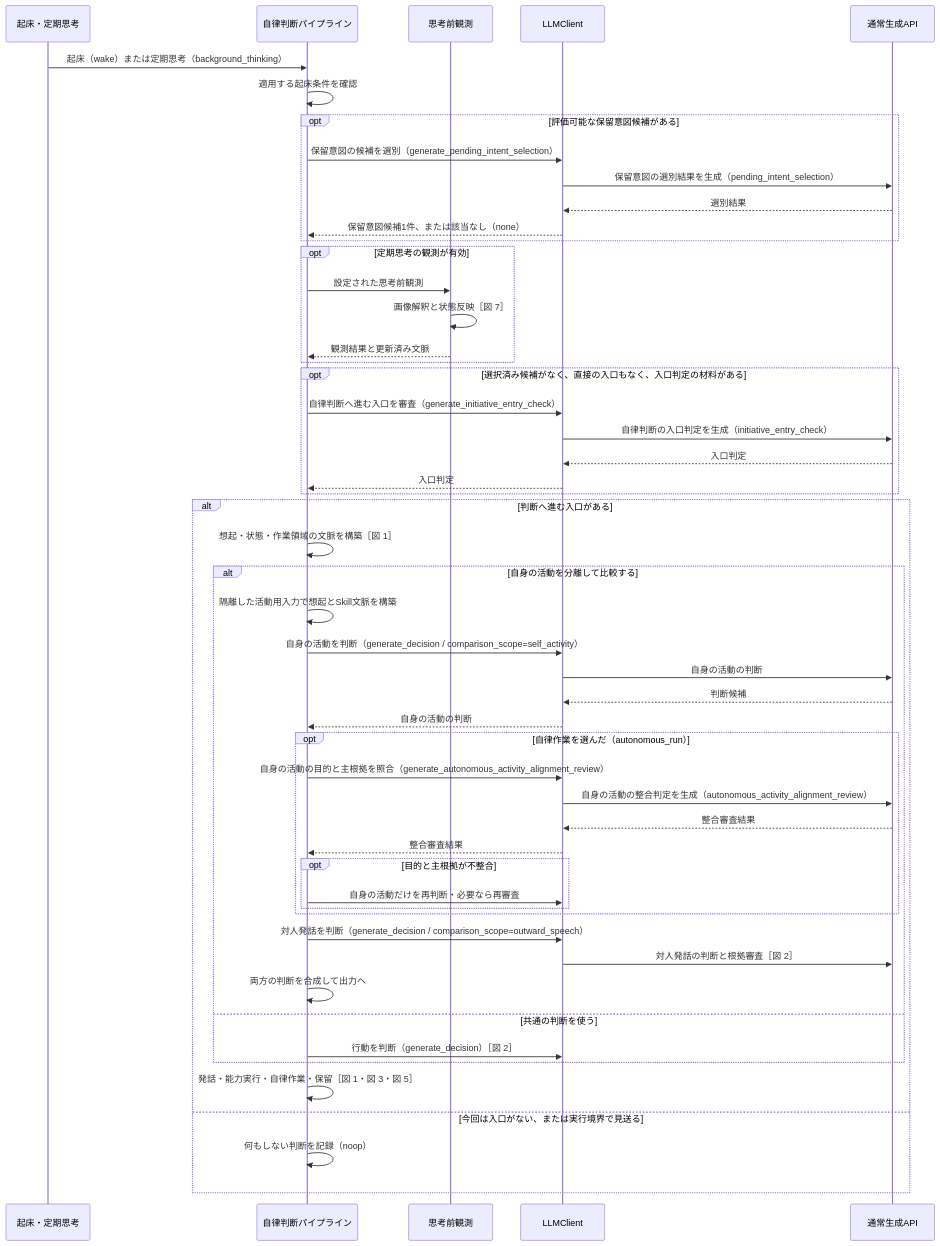
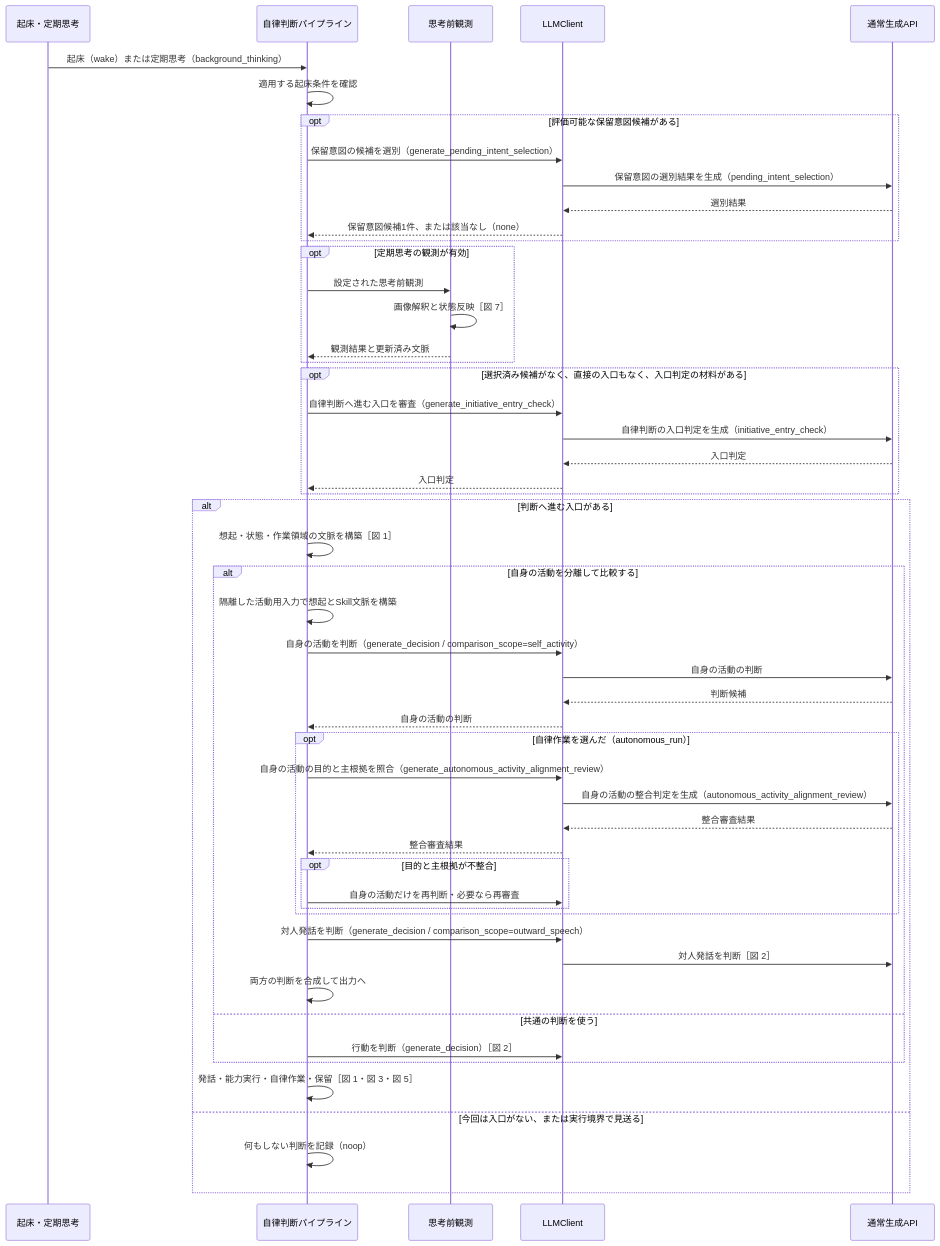
The fourth of 7 diagrams in docs/design/llm/LLM呼び出しシーケンス.md (hirona98/OtomeKairo), drawn with Mermaid before and after one commit. The commit also changed other lines of this file and 18 other files, not shown here.

````diff
--- a/docs/design/llm/LLM呼び出しシーケンス.md
+++ b/docs/design/llm/LLM呼び出しシーケンス.md
@@ -235,55 +233,55 @@
 ```mermaid
 sequenceDiagram
     participant W as 起床・定期思考
     participant C as 自律判断パイプライン
     participant O as 思考前観測
     participant L as LLMClient
     participant G as 通常生成API
 
     W->>C: 起床（wake）または定期思考（background_thinking）
     C->>C: 適用する起床条件を確認
     opt 評価可能な保留意図候補がある
         C->>L: 保留意図の候補を選別（generate_pending_intent_selection）
         L->>G: 保留意図の選別結果を生成（pending_intent_selection）
         G-->>L: 選別結果
         L-->>C: 保留意図候補1件、または該当なし（none）
     end
     opt 定期思考の観測が有効
         C->>O: 設定された思考前観測
         O->>O: 画像解釈と状態反映［図 7］
         O-->>C: 観測結果と更新済み文脈
     end
     opt 選択済み候補がなく、直接の入口もなく、入口判定の材料がある
         C->>L: 自律判断へ進む入口を審査（generate_initiative_entry_check）
         L->>G: 自律判断の入口判定を生成（initiative_entry_check）
         G-->>L: 入口判定
         L-->>C: 入口判定
     end
     alt 判断へ進む入口がある
         C->>C: 想起・状態・作業領域の文脈を構築［図 1］
         alt 自身の活動を分離して比較する
             C->>C: 隔離した活動用入力で想起とSkill文脈を構築
             C->>L: 自身の活動を判断（generate_decision / comparison_scope=self_activity）
             L->>G: 自身の活動の判断
             G-->>L: 判断候補
             L-->>C: 自身の活動の判断
             opt 自律作業を選んだ（autonomous_run）
                 C->>L: 自身の活動の目的と主根拠を照合（generate_autonomous_activity_alignment_review）
                 L->>G: 自身の活動の整合判定を生成（autonomous_activity_alignment_review）
                 G-->>L: 整合審査結果
                 L-->>C: 整合審査結果
                 opt 目的と主根拠が不整合
                     C->>L: 自身の活動だけを再判断・必要なら再審査
                 end
             end
             C->>L: 対人発話を判断（generate_decision / comparison_scope=outward_speech）
-            L->>G: 対人発話の判断と根拠審査［図 2］
+            L->>G: 対人発話を判断［図 2］
             C->>C: 両方の判断を合成して出力へ
         else 共通の判断を使う
             C->>L: 行動を判断（generate_decision）［図 2］
         end
         C->>C: 発話・能力実行・自律作業・保留［図 1・図 3・図 5］
     else 今回は入口がない、または実行境界で見送る
         C->>C: 何もしない判断を記録（noop）
     end
 ```
````
